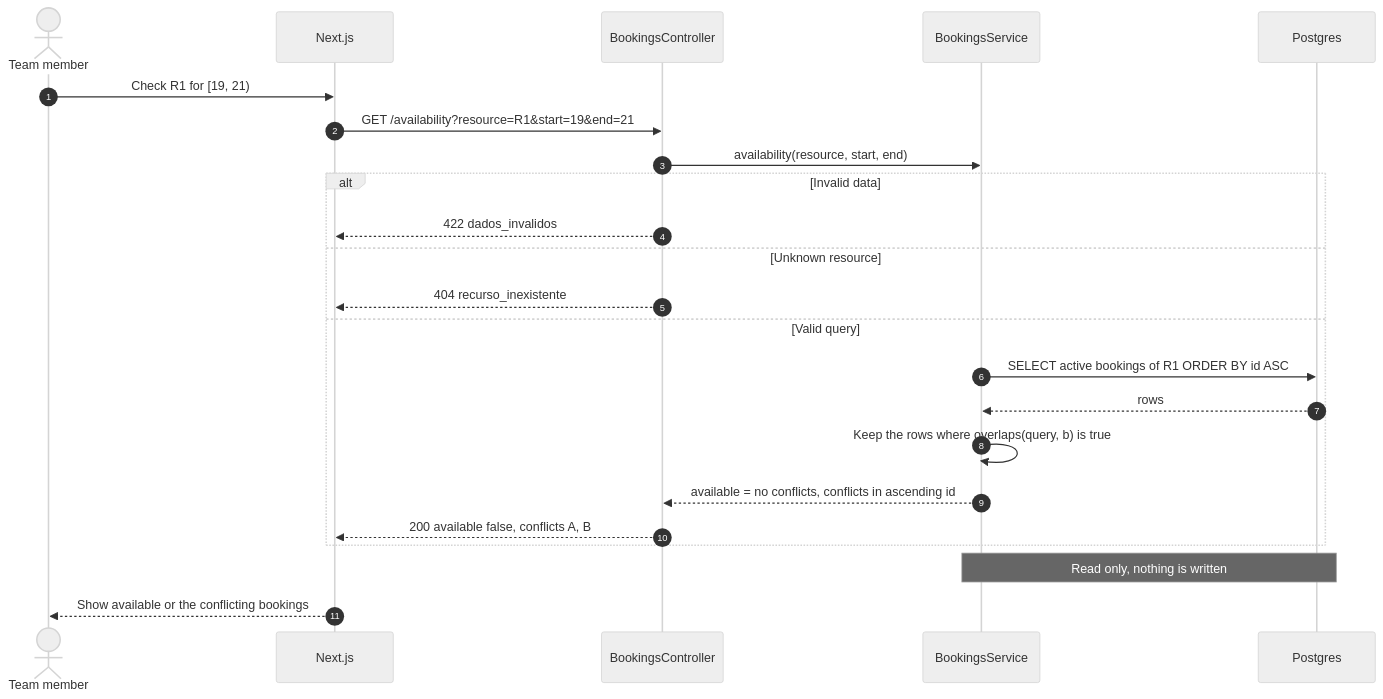
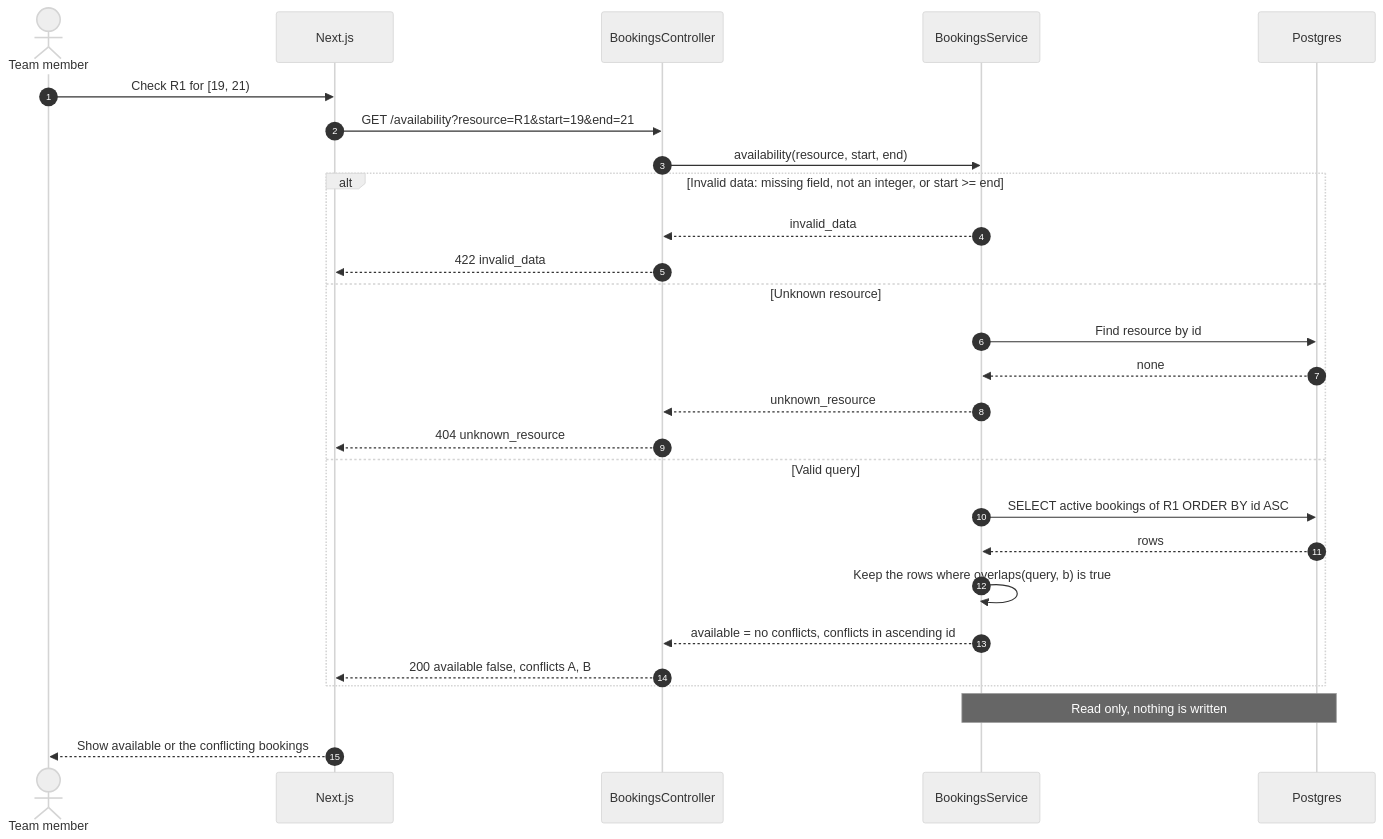
Before and after one commit to fredsvanelli/alvorada-test-02: the sixth of 7 diagrams in docs/diagrams/architecture.md, drawn with Mermaid (neutral theme). The commit also changed other lines of this file and 1 other file, not shown here.

````diff
--- a/docs/diagrams/architecture.md
+++ b/docs/diagrams/architecture.md
@@ -172,28 +172,32 @@
 ```mermaid
 sequenceDiagram
   autonumber
   actor U as Team member
   participant W as Next.js
   participant C as BookingsController
   participant S as BookingsService
   participant DB as Postgres
 
   U->>W: Check R1 for [19, 21)
   W->>C: GET /availability?resource=R1&start=19&end=21
   C->>S: availability(resource, start, end)
 
-  alt Invalid data
-    C-->>W: 422 dados_invalidos
+  alt Invalid data: missing field, not an integer, or start >= end
+    S-->>C: invalid_data
+    C-->>W: 422 invalid_data
   else Unknown resource
-    C-->>W: 404 recurso_inexistente
+    S->>DB: Find resource by id
+    DB-->>S: none
+    S-->>C: unknown_resource
+    C-->>W: 404 unknown_resource
   else Valid query
     S->>DB: SELECT active bookings of R1 ORDER BY id ASC
     DB-->>S: rows
     S->>S: Keep the rows where overlaps(query, b) is true
     S-->>C: available = no conflicts, conflicts in ascending id
     C-->>W: 200 available false, conflicts A, B
   end
 
   Note over S,DB: Read only, nothing is written
   W-->>U: Show available or the conflicting bookings
 ```
````
